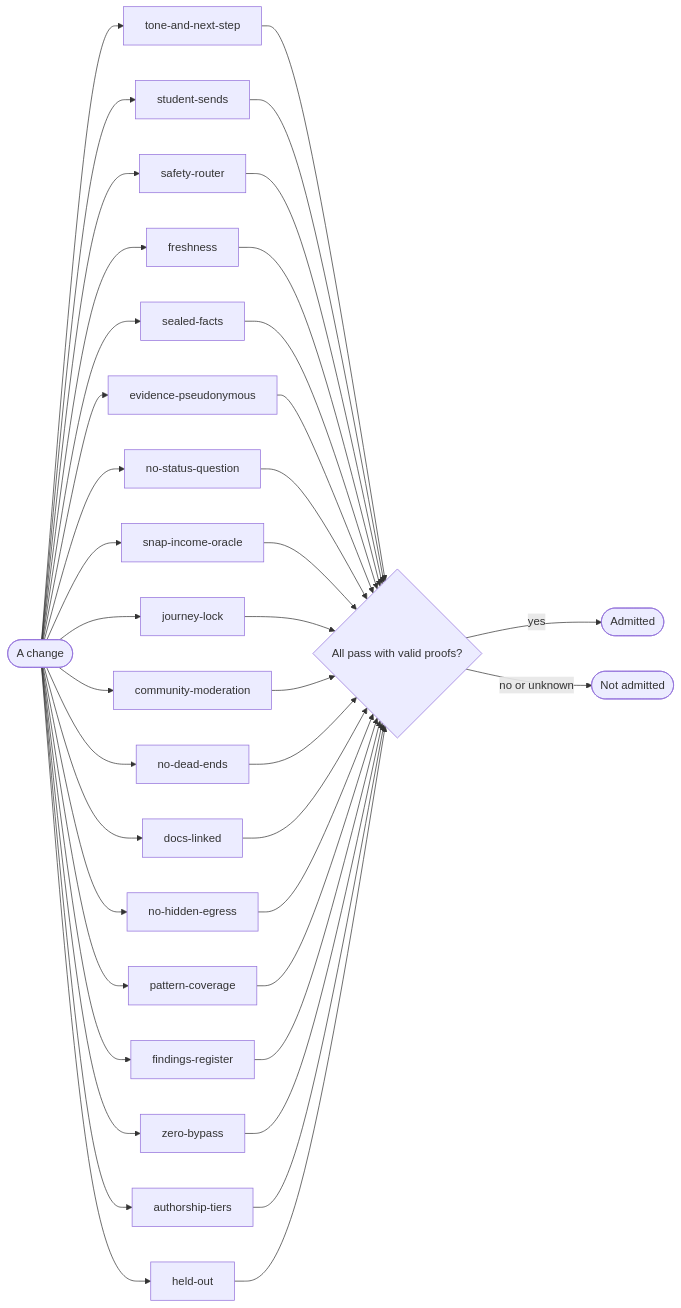
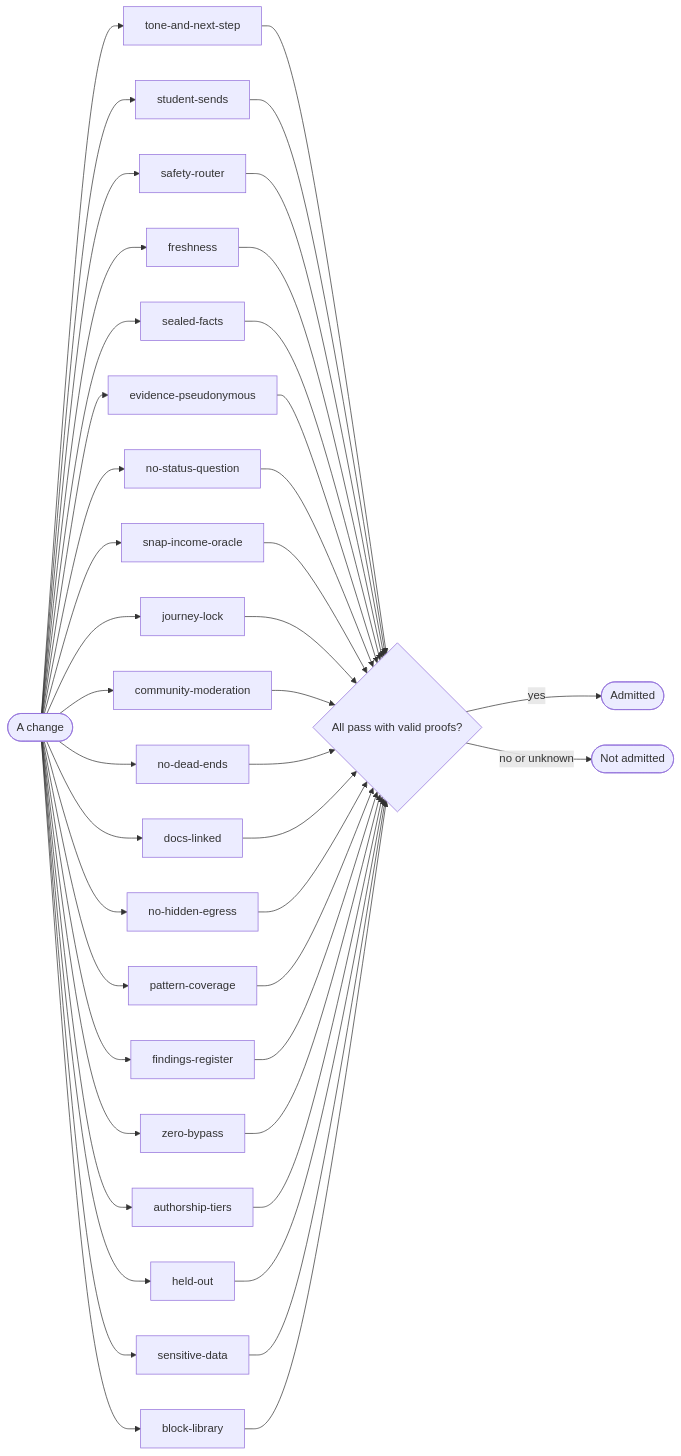
One commit to russlittle/ZTHR changed the diagram in docs/testing/gates.md. Above: the diagram before and after it, drawn with Mermaid. The commit also changed other lines of this file and 78 other files, not shown here.

First line of the commit message:
Block library, sensitive-data trace, product page and a design pass

````diff
--- a/docs/testing/gates.md
+++ b/docs/testing/gates.md
@@ -8,24 +8,26 @@
 ```mermaid
 flowchart LR
   tone_and_next_step["tone-and-next-step"]
   student_sends["student-sends"]
   safety_router["safety-router"]
   freshness["freshness"]
   sealed_facts["sealed-facts"]
   evidence_pseudonymous["evidence-pseudonymous"]
   no_status_question["no-status-question"]
   snap_income_oracle["snap-income-oracle"]
   journey_lock["journey-lock"]
   community_moderation["community-moderation"]
   no_dead_ends["no-dead-ends"]
   docs_linked["docs-linked"]
   no_hidden_egress["no-hidden-egress"]
   pattern_coverage["pattern-coverage"]
   findings_register["findings-register"]
   zero_bypass["zero-bypass"]
   authorship_tiers["authorship-tiers"]
   held_out["held-out"]
-  change([A change]) --> tone_and_next_step & student_sends & safety_router & freshness & sealed_facts & evidence_pseudonymous & no_status_question & snap_income_oracle & journey_lock & community_moderation & no_dead_ends & docs_linked & no_hidden_egress & pattern_coverage & findings_register & zero_bypass & authorship_tiers & held_out --> admit{All pass with valid proofs?}
+  sensitive_data["sensitive-data"]
+  block_library["block-library"]
+  change([A change]) --> tone_and_next_step & student_sends & safety_router & freshness & sealed_facts & evidence_pseudonymous & no_status_question & snap_income_oracle & journey_lock & community_moderation & no_dead_ends & docs_linked & no_hidden_egress & pattern_coverage & findings_register & zero_bypass & authorship_tiers & held_out & sensitive_data & block_library --> admit{All pass with valid proofs?}
   admit -- yes --> ok([Admitted])
   admit -- no or unknown --> no([Not admitted])
 ```
````
